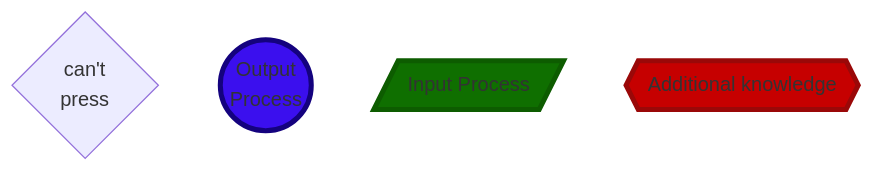
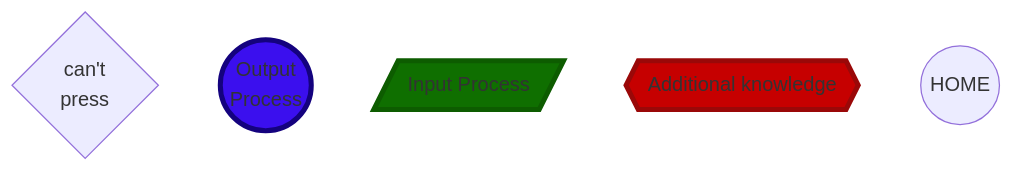
The first of 3 diagrams in Catalog.md (elifdesign/Elif-Design), drawn with Mermaid before and after one commit.

````diff
--- a/Catalog.md
+++ b/Catalog.md
@@ -3,11 +3,13 @@
 ```mermaid
 flowchart TD
 O{can't <br> press}
 P((Output <br> Process))
 style P fill:#3B0FEE,stroke:#14027E,stroke-width:4px
 Q[/Input Process/]
 style Q fill:#0F6F00,stroke:#0D5C00,stroke-width:4px
 U{{ Additional knowledge }}
 style U fill:#C60000,stroke:#9A0808,stroke-width:4px
 click U "https://github.com/elifdesign/Elif-Design/blob/main/Catalog.md#additional-knowledge"
+Y((HOME))
+click Y "https://github.com/elifdesign/Elif-Design/blob/main/Catalog.md#Catalog"
 ```
````
